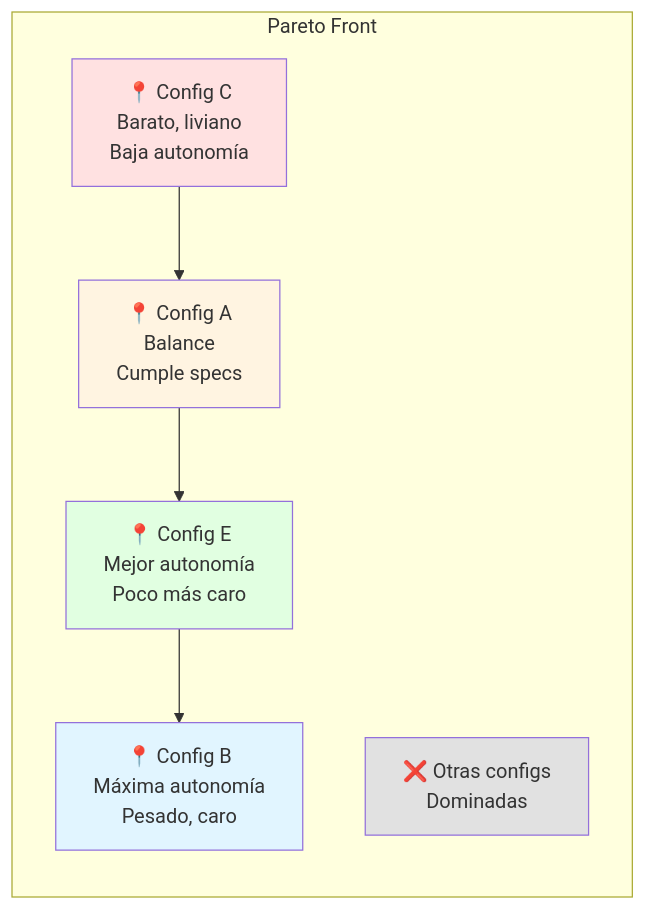
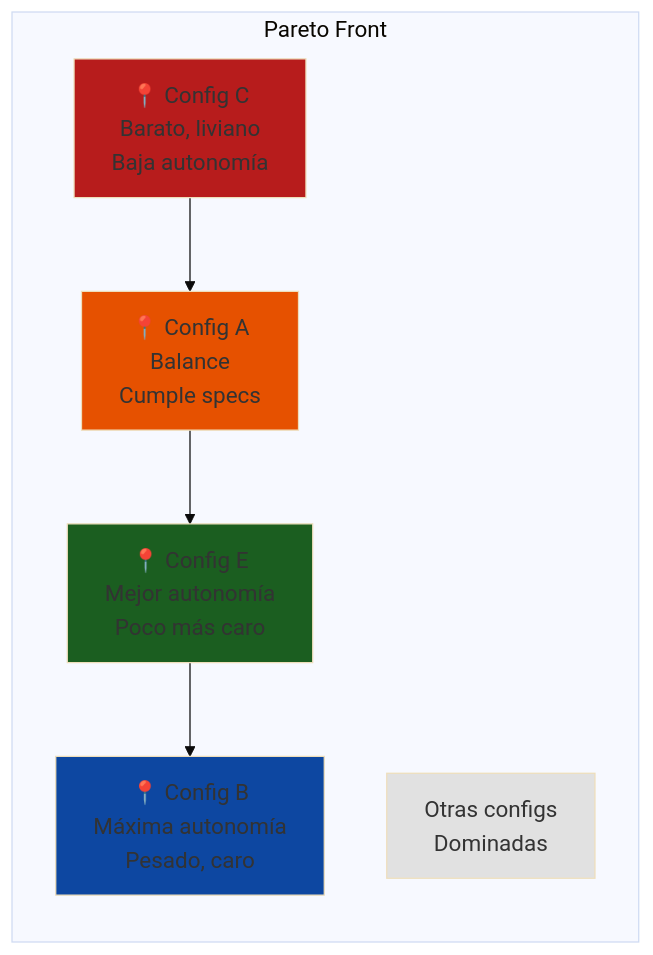
Diagram 12 of 12 in courses/🟡-development/FPUNA-2026/03-INGENIERIA-AERONAUTICA/05-diseno-aeronaves.md (Ai-Whisperers/Courses-Content), drawn with Mermaid before and after one commit. The commit also changed other lines of this file and 47 other files, not shown here.

First line of the commit message:
fix: Make all 473 diagrams WCAG AAA accessible (FPUNA-2026)

````diff
--- a/courses/🟡-development/FPUNA-2026/03-INGENIERIA-AERONAUTICA/05-diseno-aeronaves.md
+++ b/courses/🟡-development/FPUNA-2026/03-INGENIERIA-AERONAUTICA/05-diseno-aeronaves.md
@@ -1151,21 +1162,22 @@
 ```mermaid
+%%{init: {'theme':'base', 'themeVariables': {'fontSize':'18px'}}}%%
 graph LR
     subgraph "Pareto Front"
         A[📍 Config C<br/>Barato, liviano<br/>Baja autonomía]
         B[📍 Config A<br/>Balance<br/>Cumple specs]
         C[📍 Config E<br/>Mejor autonomía<br/>Poco más caro]
         D[📍 Config B<br/>Máxima autonomía<br/>Pesado, caro]
         
         A --> B
         B --> C
         C --> D
         
-        E[❌ Otras configs<br/>Dominadas]
+        E[Otras configs<br/>Dominadas]
     end
     
-    style A fill:#FFE1E1
-    style B fill:#FFF4E1
-    style C fill:#E1FFE1
-    style D fill:#E1F5FF
+    style A fill:#b71c1c
+    style B fill:#e65100
+    style C fill:#1b5e20
+    style D fill:#0d47a1
     style E fill:#E1E1E1
 ```
````
